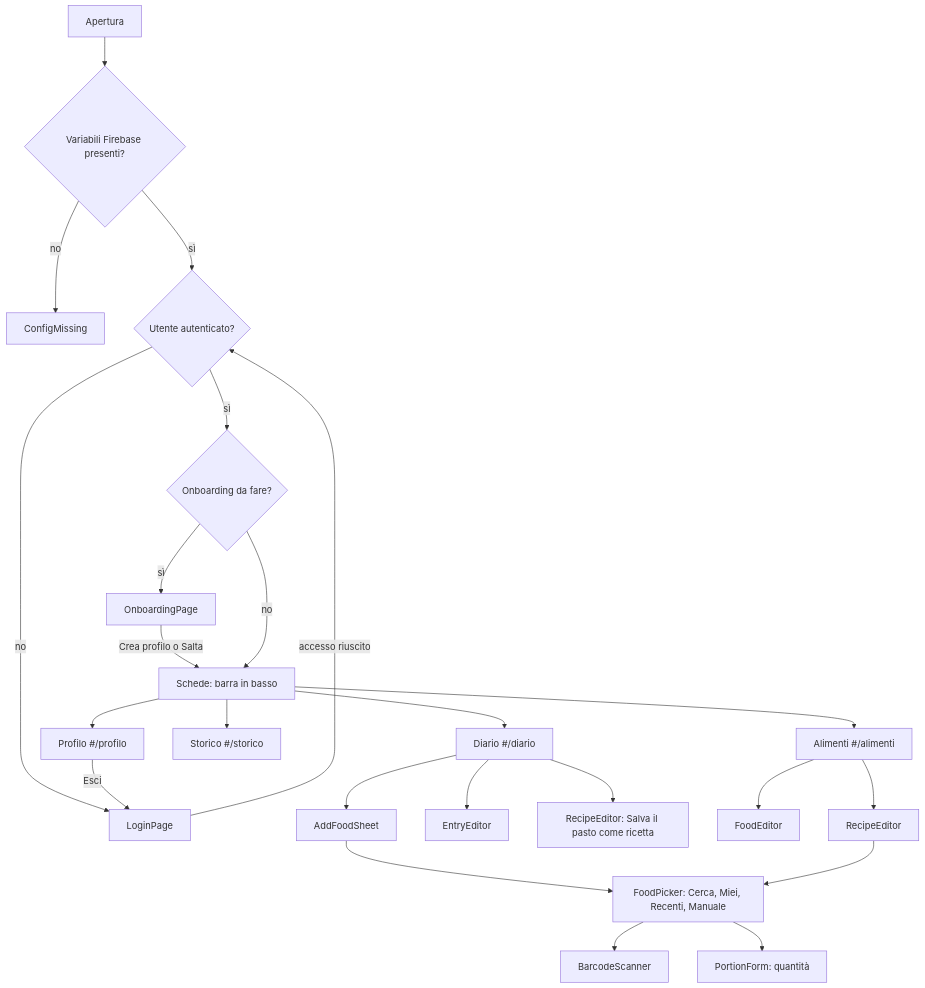
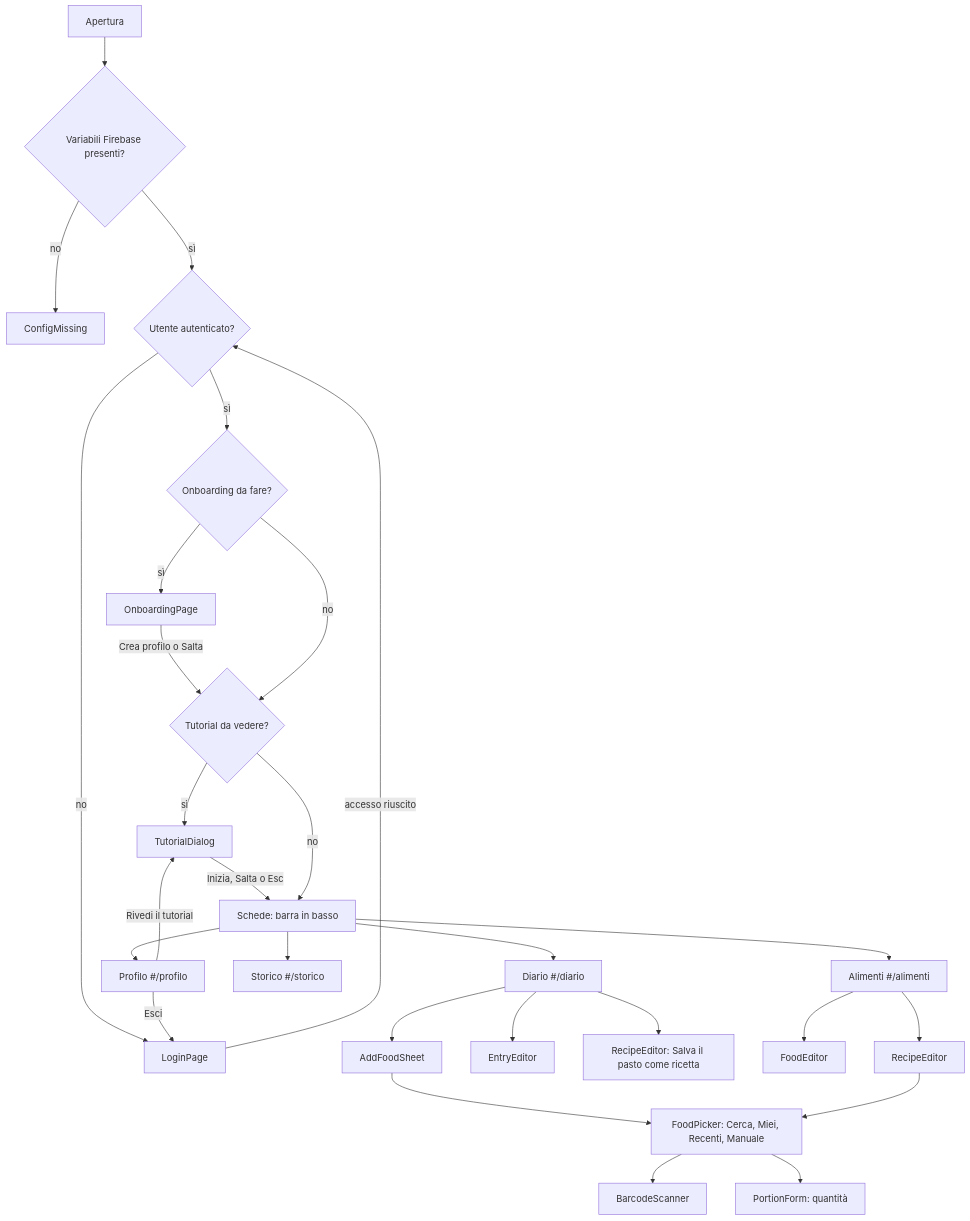
Before and after one commit to samuelefbn/contacalorie: the diagram in docs/UI_SCREENS.md, drawn with Mermaid. The commit also changed other lines of this file and 10 other files, not shown here.

````diff
--- a/docs/UI_SCREENS.md
+++ b/docs/UI_SCREENS.md
@@ -7,26 +7,30 @@
 ```mermaid
 flowchart TD
     Start["Apertura"] --> Cfg{"Variabili Firebase presenti?"}
     Cfg -- no --> CM["ConfigMissing"]
     Cfg -- sì --> Auth{"Utente autenticato?"}
     Auth -- no --> Login["LoginPage"]
     Login -- "accesso riuscito" --> Auth
     Auth -- sì --> Onb{"Onboarding da fare?"}
     Onb -- sì --> OP["OnboardingPage"]
-    OP -- "Crea profilo o Salta" --> Tabs
-    Onb -- no --> Tabs["Schede: barra in basso"]
+    OP -- "Crea profilo o Salta" --> Tut
+    Onb -- no --> Tut{"Tutorial da vedere?"}
+    Tut -- sì --> TD["TutorialDialog"]
+    TD -- "Inizia, Salta o Esc" --> Tabs
+    Tut -- no --> Tabs["Schede: barra in basso"]
     Tabs --> D["Diario #/diario"]
     Tabs --> A["Alimenti #/alimenti"]
     Tabs --> S["Storico #/storico"]
     Tabs --> P["Profilo #/profilo"]
     D --> Add["AddFoodSheet"]
     Add --> Pick["FoodPicker: Cerca, Miei, Recenti, Manuale"]
     Pick --> Scan["BarcodeScanner"]
     Pick --> Qty["PortionForm: quantità"]
     D --> EE["EntryEditor"]
     D --> RE1["RecipeEditor: Salva il pasto come ricetta"]
     A --> FE["FoodEditor"]
     A --> RE2["RecipeEditor"]
     RE2 --> Pick
     P -- "Esci" --> Login
+    P -- "Rivedi il tutorial" --> TD
 ```
````
